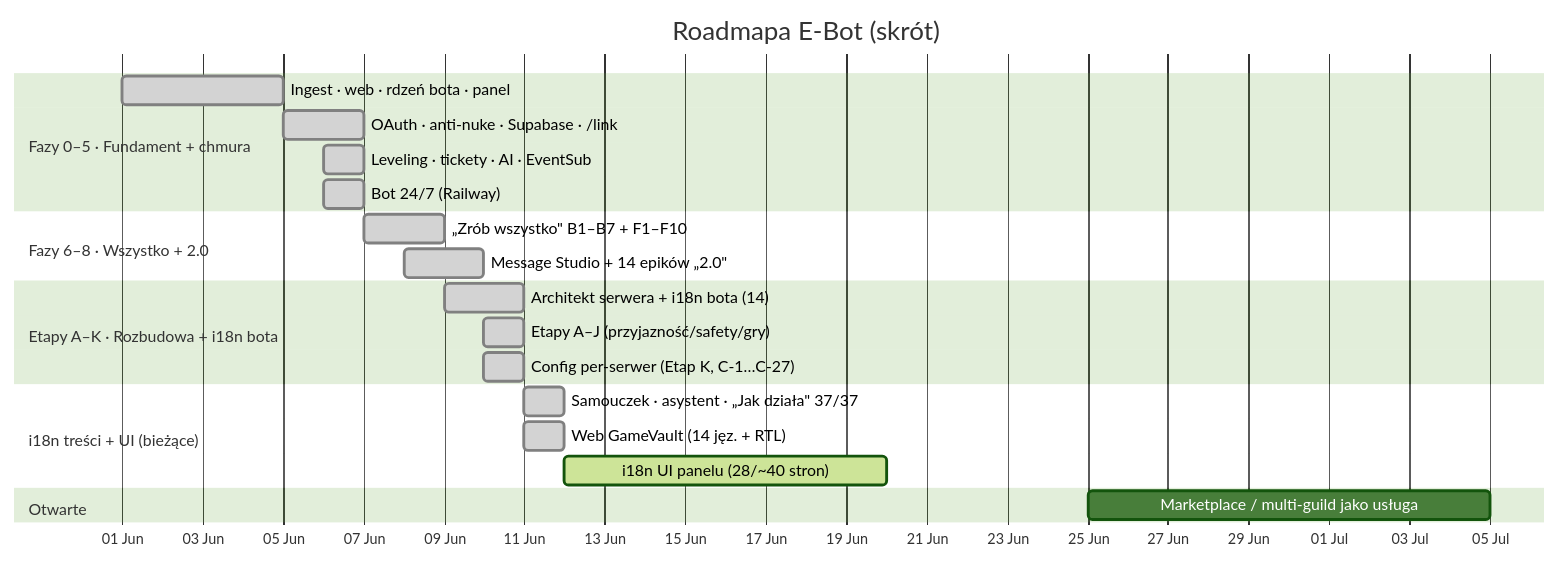
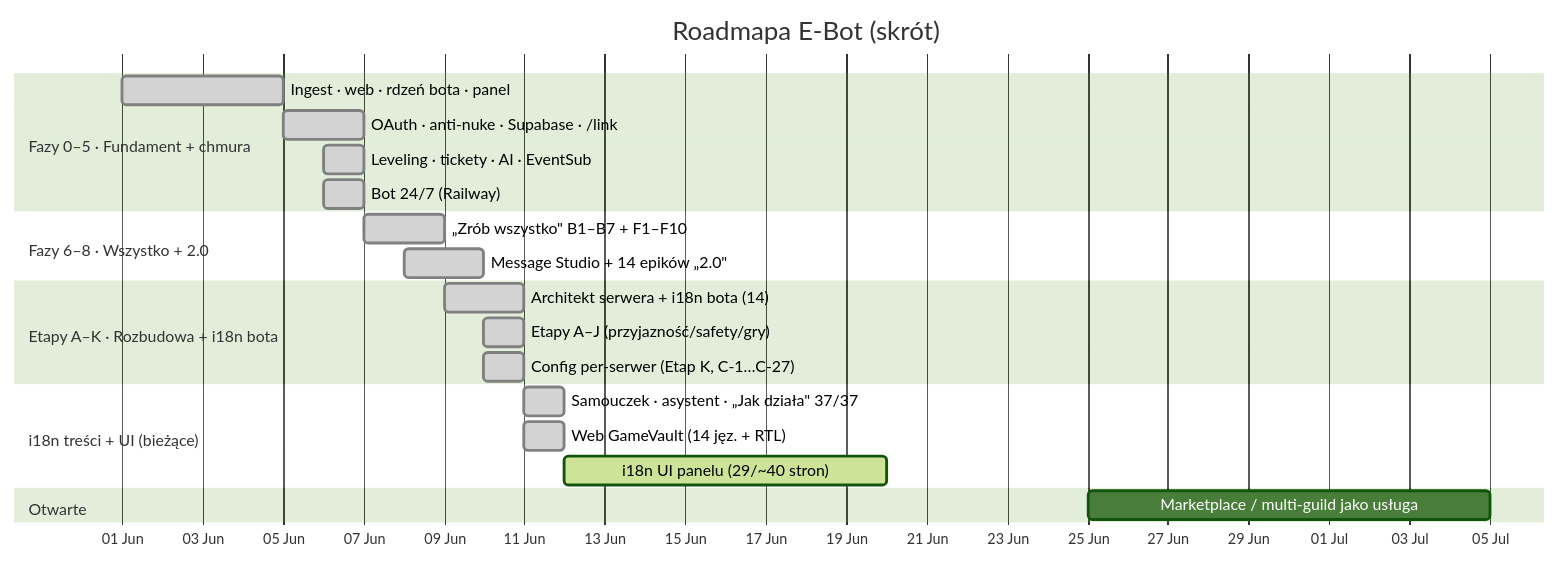
One commit to Gh0s777tt/E-Bot changed the first of 2 diagrams in docs/ROADMAP.md. Above: the diagram before and after it, drawn with Mermaid (forest theme). The commit also changed other lines of this file and 7 other files, not shown here.

````diff
--- a/docs/ROADMAP.md
+++ b/docs/ROADMAP.md
@@ -23,24 +23,24 @@
 ```mermaid
 gantt
   title Roadmapa E-Bot (skrót)
   dateFormat YYYY-MM-DD
   axisFormat %d %b
   section Fazy 0–5 · Fundament + chmura
   Ingest · web · rdzeń bota · panel    :done, f0, 2026-06-01, 4d
   OAuth · anti-nuke · Supabase · /link :done, f1, 2026-06-05, 2d
   Leveling · tickety · AI · EventSub   :done, f4, 2026-06-06, 1d
   Bot 24/7 (Railway)                   :done, f5, 2026-06-06, 1d
   section Fazy 6–8 · Wszystko + 2.0
   „Zrób wszystko" B1–B7 + F1–F10       :done, f7, 2026-06-07, 2d
   Message Studio + 14 epików „2.0"     :done, f8, 2026-06-08, 2d
   section Etapy A–K · Rozbudowa + i18n bota
   Architekt serwera + i18n bota (14)   :done, ek1, 2026-06-09, 2d
   Etapy A–J (przyjazność/safety/gry)   :done, ek2, 2026-06-10, 1d
   Config per-serwer (Etap K, C-1…C-27) :done, ek3, 2026-06-10, 1d
   section i18n treści + UI (bieżące)
   Samouczek · asystent · „Jak działa" 37/37 :done, i1, 2026-06-11, 1d
   Web GameVault (14 jęz. + RTL)        :done, i2, 2026-06-11, 1d
-  i18n UI panelu (28/~40 stron)        :active, i3, 2026-06-12, 8d
+  i18n UI panelu (29/~40 stron)        :active, i3, 2026-06-12, 8d
   section Otwarte
   Marketplace / multi-guild jako usługa :        mk, 2026-06-25, 10d
 ```
````
